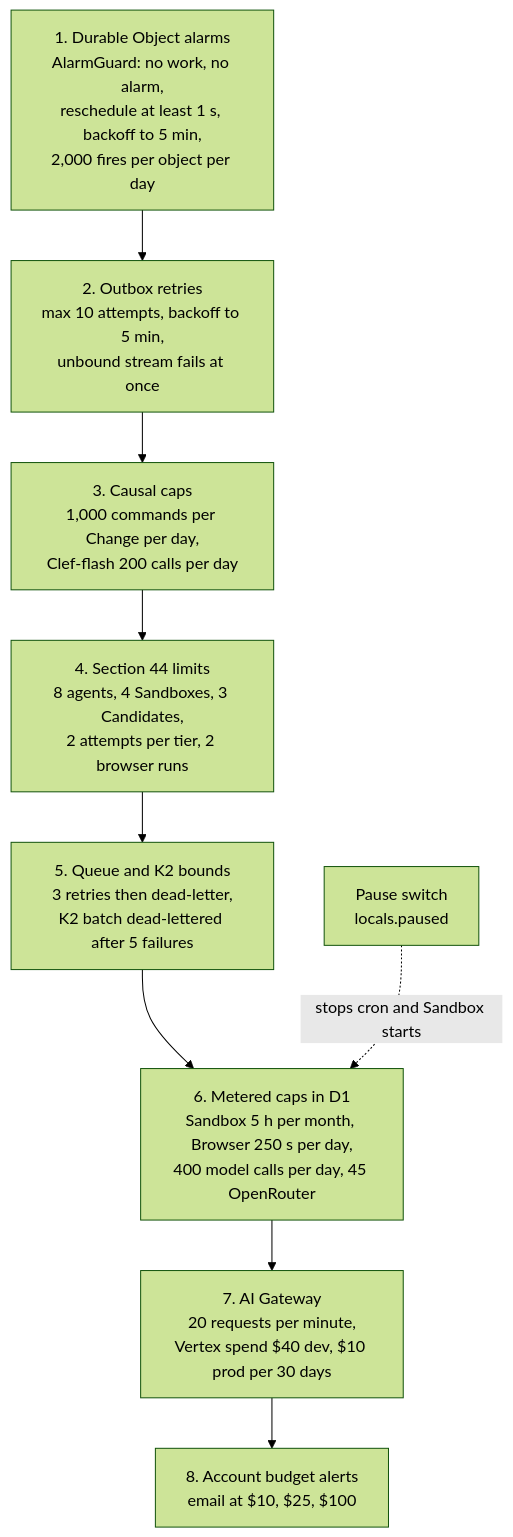
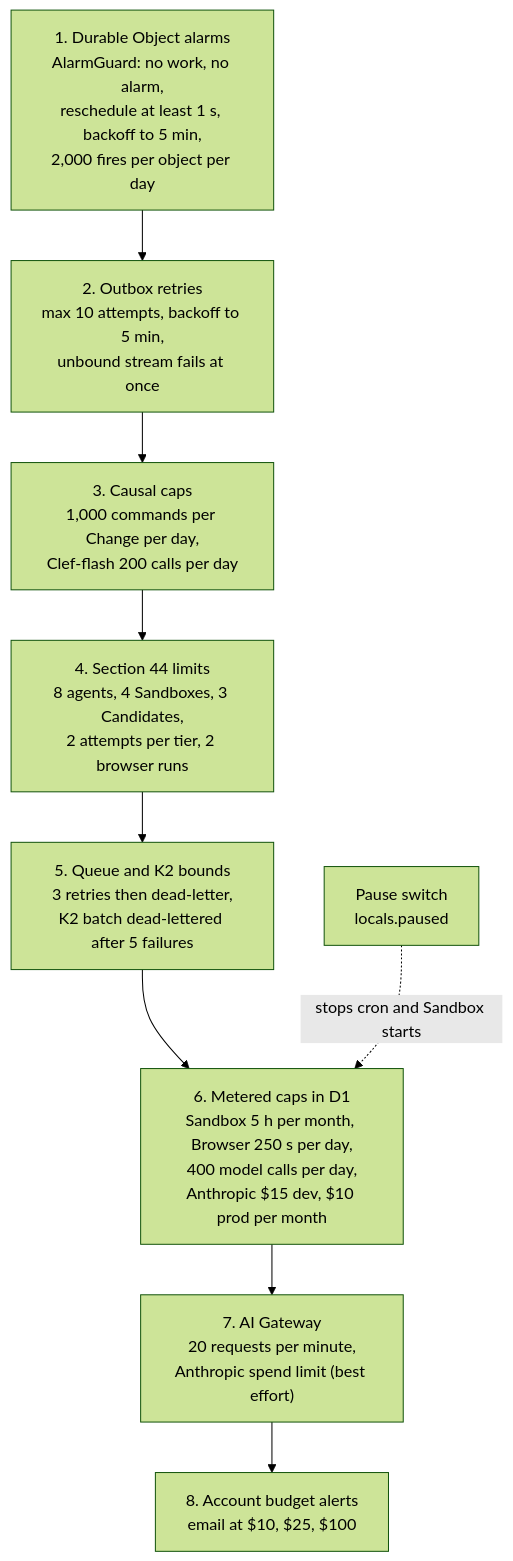
Before and after one commit to nsudhanva/rhumbatron: the fifth of 9 diagrams in docs/architecture/infrastructure-and-cost.md, drawn with Mermaid (forest theme). The commit also changed other lines of this file and 8 other files, not shown here.

Commit message:
docs(docs): add adr 0021 for anthropic as the model provider and update cost docs

````diff
--- a/docs/architecture/infrastructure-and-cost.md
+++ b/docs/architecture/infrastructure-and-cost.md
@@ -131,14 +131,14 @@
 ```mermaid
 flowchart TB
   L1["1. Durable Object alarms<br/>AlarmGuard: no work, no alarm,<br/>reschedule at least 1 s, backoff to 5 min,<br/>2,000 fires per object per day"]
   L2["2. Outbox retries<br/>max 10 attempts, backoff to 5 min,<br/>unbound stream fails at once"]
   L3["3. Causal caps<br/>1,000 commands per Change per day,<br/>Clef-flash 200 calls per day"]
   L4["4. Section 44 limits<br/>8 agents, 4 Sandboxes, 3 Candidates,<br/>2 attempts per tier, 2 browser runs"]
   L5["5. Queue and K2 bounds<br/>3 retries then dead-letter,<br/>K2 batch dead-lettered after 5 failures"]
-  L6["6. Metered caps in D1<br/>Sandbox 5 h per month, Browser 250 s per day,<br/>400 model calls per day, 45 OpenRouter"]
-  L7["7. AI Gateway<br/>20 requests per minute,<br/>Vertex spend $40 dev, $10 prod per 30 days"]
+  L6["6. Metered caps in D1<br/>Sandbox 5 h per month, Browser 250 s per day,<br/>400 model calls per day,<br/>Anthropic $15 dev, $10 prod per month"]
+  L7["7. AI Gateway<br/>20 requests per minute,<br/>Anthropic spend limit (best effort)"]
   L8["8. Account budget alerts<br/>email at $10, $25, $100"]
   L9["Pause switch<br/>locals.paused"]
   L1 --> L2 --> L3 --> L4 --> L5 --> L6 --> L7 --> L8
   L9 -.->|"stops cron and Sandbox starts"| L6
 ```
````
